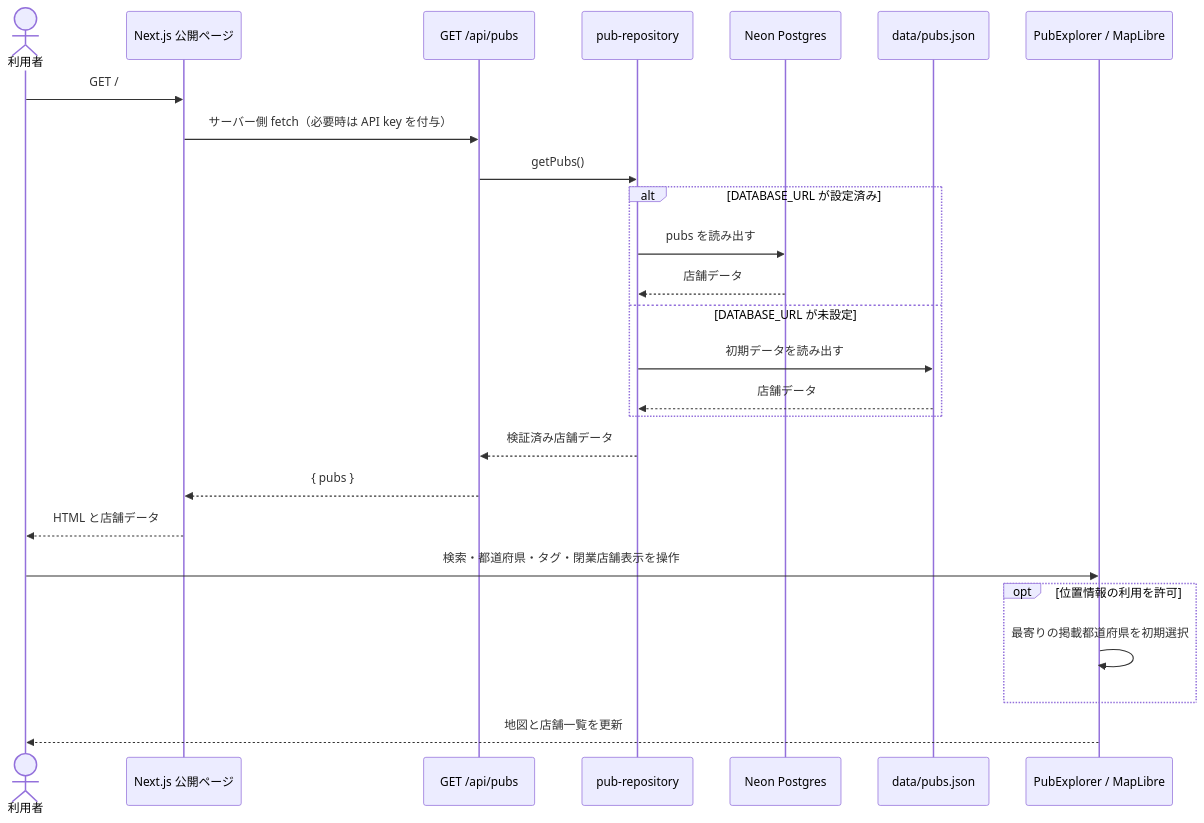
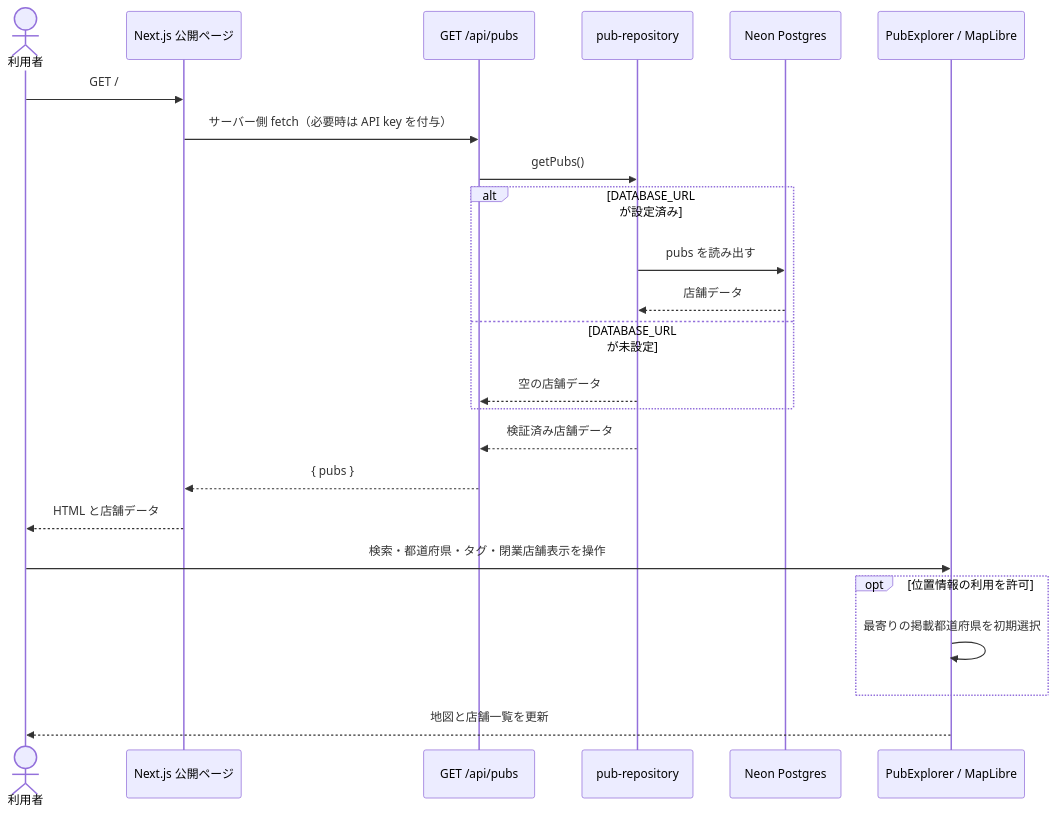
The first of 2 diagrams in docs/architecture/sequences.md (yusukefr/irishpub-map), drawn with Mermaid before and after one commit. The commit also changed other lines of this file and 20 other files, not shown here.

First line of the commit message:
data/pubs.json依存を削除してNeon運用へ統一する (#220)

````diff
--- a/docs/architecture/sequences.md
+++ b/docs/architecture/sequences.md
@@ -5,29 +5,27 @@
 ```mermaid
 sequenceDiagram
   actor Visitor as 利用者
   participant Page as Next.js 公開ページ
   participant API as GET /api/pubs
   participant Repository as pub-repository
   participant Neon as Neon Postgres
-  participant JSON as data/pubs.json
   participant Explorer as PubExplorer / MapLibre
 
   Visitor->>Page: GET /
   Page->>API: サーバー側 fetch（必要時は API key を付与）
   API->>Repository: getPubs()
   alt DATABASE_URL が設定済み
     Repository->>Neon: pubs を読み出す
     Neon-->>Repository: 店舗データ
   else DATABASE_URL が未設定
-    Repository->>JSON: 初期データを読み出す
-    JSON-->>Repository: 店舗データ
+    Repository-->>API: 空の店舗データ
   end
   Repository-->>API: 検証済み店舗データ
   API-->>Page: { pubs }
   Page-->>Visitor: HTML と店舗データ
   Visitor->>Explorer: 検索・都道府県・タグ・閉業店舗表示を操作
   opt 位置情報の利用を許可
     Explorer->>Explorer: 最寄りの掲載都道府県を初期選択
   end
   Explorer-->>Visitor: 地図と店舗一覧を更新
 ```
````
